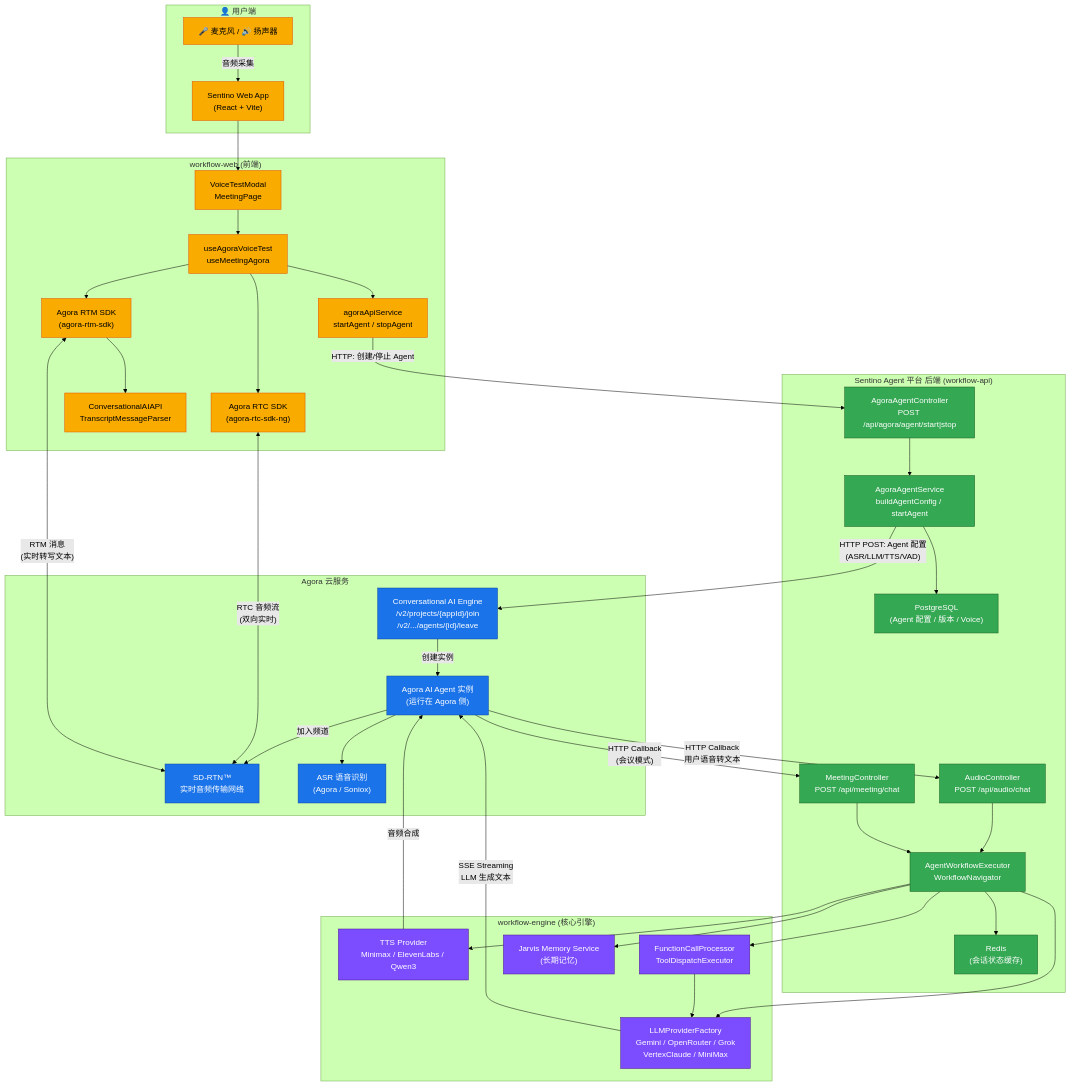
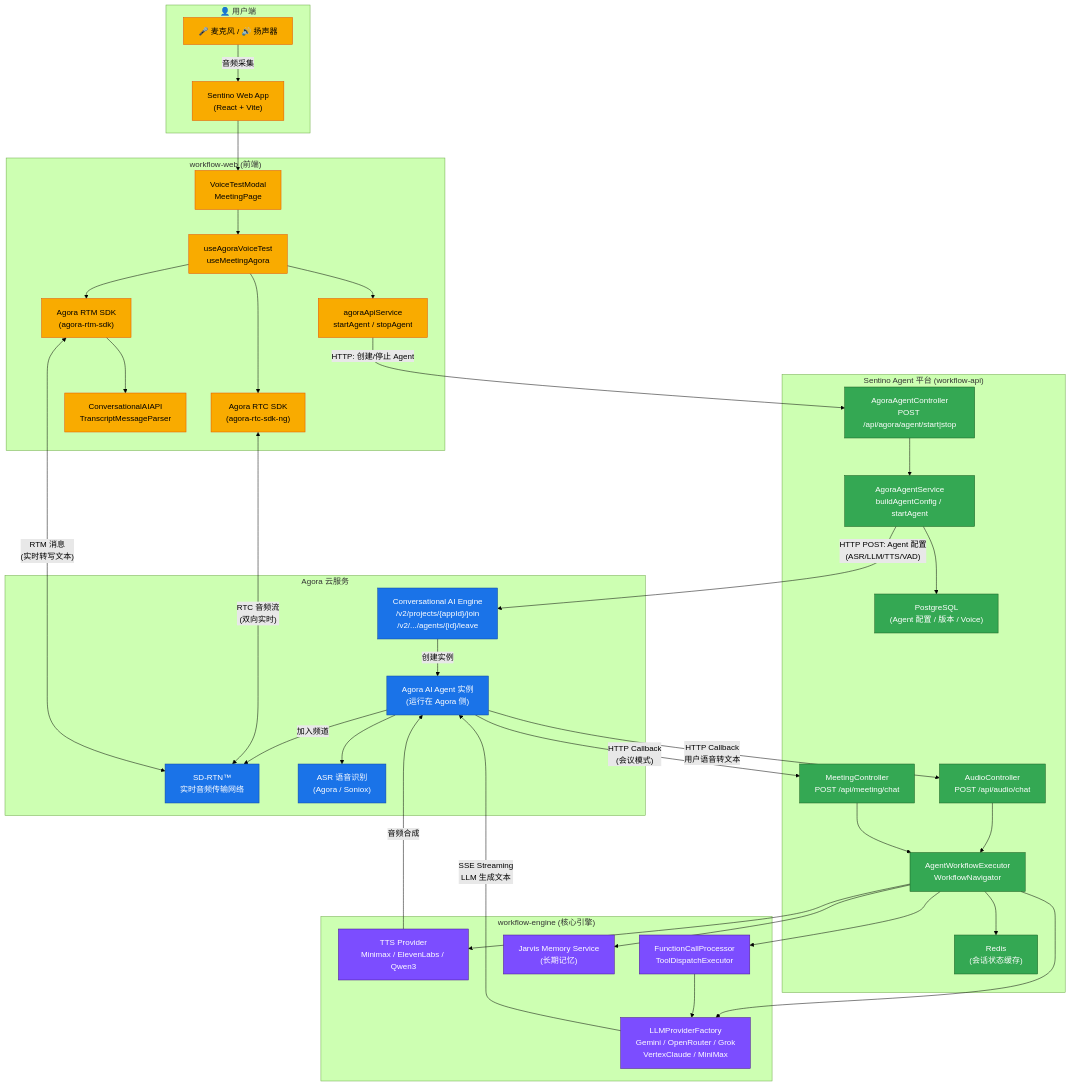
The diagram in sentino/agent-platform.md (sentino-jp/iot-docs), drawn with Mermaid (forest theme) before and after one commit. The commit also changed other lines of this file and 2 other files, not shown here.

First line of the commit message:
docs: clearly separate Sentino IoT 平台 and Sentino Agent 平台

```diff
--- a/sentino/agent-platform.md
+++ b/sentino/agent-platform.md
@@ -23,7 +23,7 @@
         AgentBot["Agora AI Agent 实例<br/>(运行在 Agora 侧)"]
     end
 
-    subgraph Backend["Sentino Agent 平台 后端 (workflow-api)"]
+    subgraph Backend["Sentino Agent 平台 (workflow-api)"]
         AgentCtrl["AgoraAgentController<br/>POST /api/agora/agent/start|stop"]
         AgentSvc["AgoraAgentService<br/>buildAgentConfig / startAgent"]
         MeetCtrl["MeetingController<br/>POST /api/meeting/chat"]
@@ -68,7 +68,7 @@
     %% 实时转写
     RTM_SDK <-->|"RTM 消息<br/>(实时转写文本)"| SDR
 
-    %% Agora Agent → Sentino Agent 平台 后端 (LLM 回调)
+    %% Agora Agent → Sentino Agent 平台 (LLM 回调)
     AgentBot -->|"HTTP Callback<br/>用户语音转文本"| AudioCtrl
     AgentBot -->|"HTTP Callback<br/>(会议模式)"| MeetCtrl
 
```
